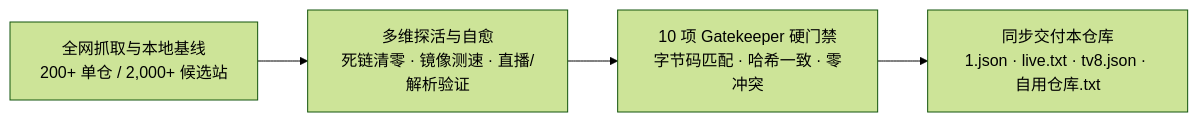
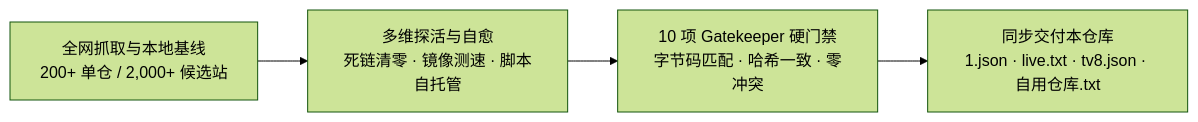
The diagram in README.md (niubihu1/tvbox), drawn with Mermaid (forest theme) before and after one commit. The commit also changed other lines of this file and 8 other files, not shown here.

````diff
--- a/README.md
+++ b/README.md
@@ -101,6 +105,6 @@
 ```mermaid
 flowchart LR
-    A["全网抓取与本地基线<br/>200+ 单仓 / 2,000+ 候选站"] --> B["多维探活与自愈<br/>死链清零 · 镜像测速 · 直播/解析验证"]
+    A["全网抓取与本地基线<br/>200+ 单仓 / 2,000+ 候选站"] --> B["多维探活与自愈<br/>死链清零 · 镜像测速 · 脚本自托管"]
     B --> C["10 项 Gatekeeper 硬门禁<br/>字节码匹配 · 哈希一致 · 零冲突"]
     C --> D["同步交付本仓库<br/>1.json · live.txt · tv8.json · 自用仓库.txt"]
 ```
````
